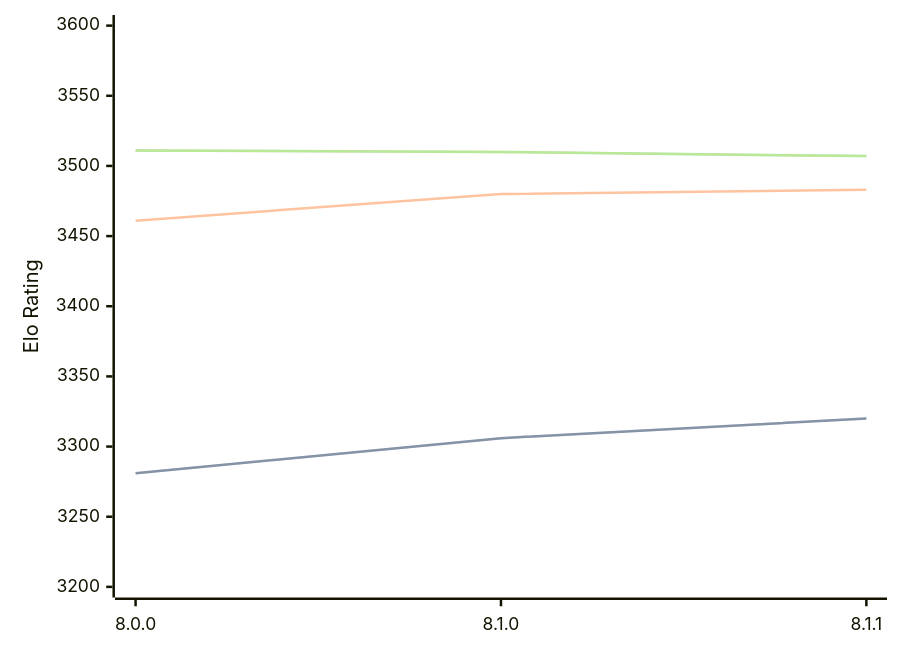
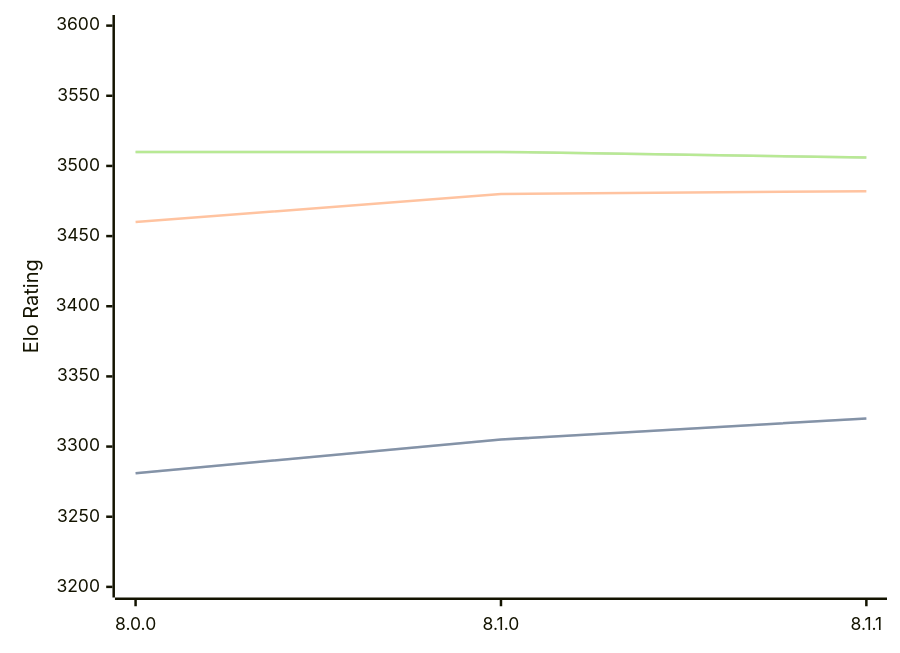
The diagram in engines/Velvet.md (computer-chess-index/cci), drawn with Mermaid before and after one commit. The commit also changed other lines of this file, not shown here.

Commit message:
Update CCI Ratings (ELO VLTC) - 2026-03-09

````diff
--- a/engines/Velvet.md
+++ b/engines/Velvet.md
@@ -55,11 +55,11 @@
 ```mermaid
 %%{init: {"theme":"base","themeVariables":{"seriesColors:['#a3a3a3','#222221','#faa371']}}}%%
 xychart-beta
   x-axis ["8.0.0", "8.1.0", "8.1.1"]
   y-axis "Elo Rating" 3200 --> 3600
-  line "STC (8.0+0.08s)" [3281, 3306, 3320]
-  line "STC (8.0+0.08s)" [3281, 3306, 3320]
-  line "LTC (60.0+0.60s)" [3461, 3480, 3483]
-  line "VLTC (2m24s+1.12s)" [3511, 3510, 3507]
-  line "VLTC (2m24s+1.12s)" [3511, 3510, 3507]
+  line "STC (8.0+0.08s)" [3281, 3305, 3320]
+  line "STC (8.0+0.08s)" [3281, 3305, 3320]
+  line "LTC (60.0+0.60s)" [3460, 3480, 3482]
+  line "VLTC (2m24s+1.12s)" [3510, 3510, 3506]
+  line "VLTC (2m24s+1.12s)" [3510, 3510, 3506]
 ```
````
